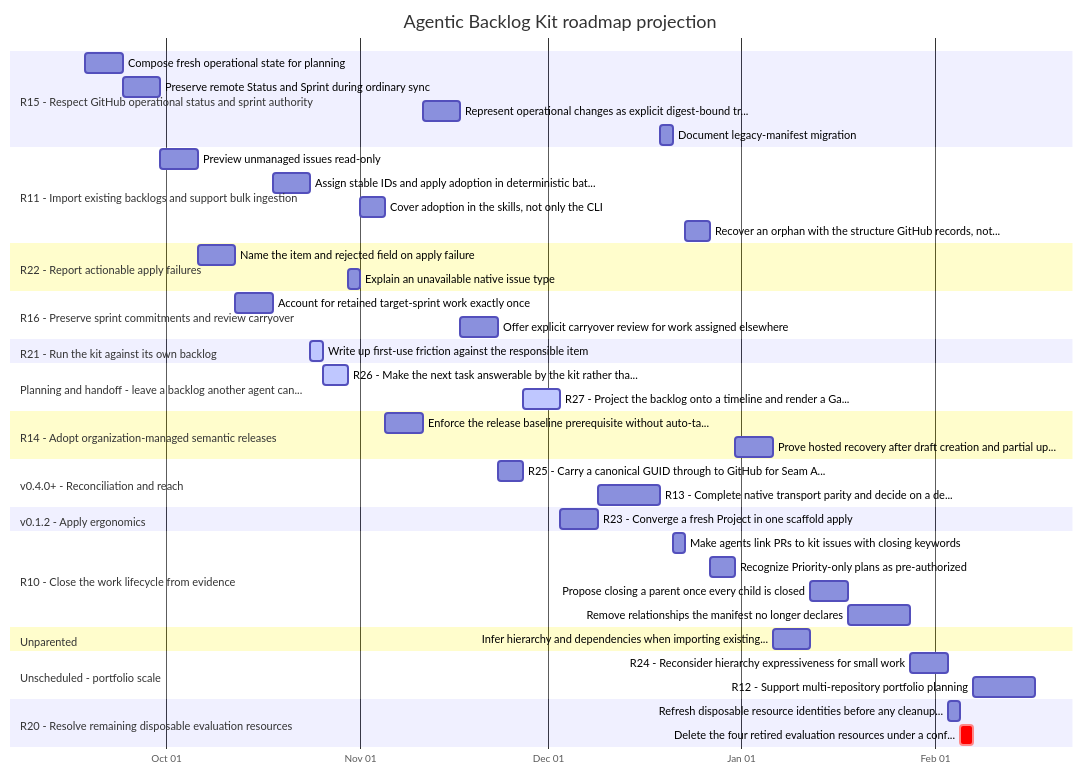
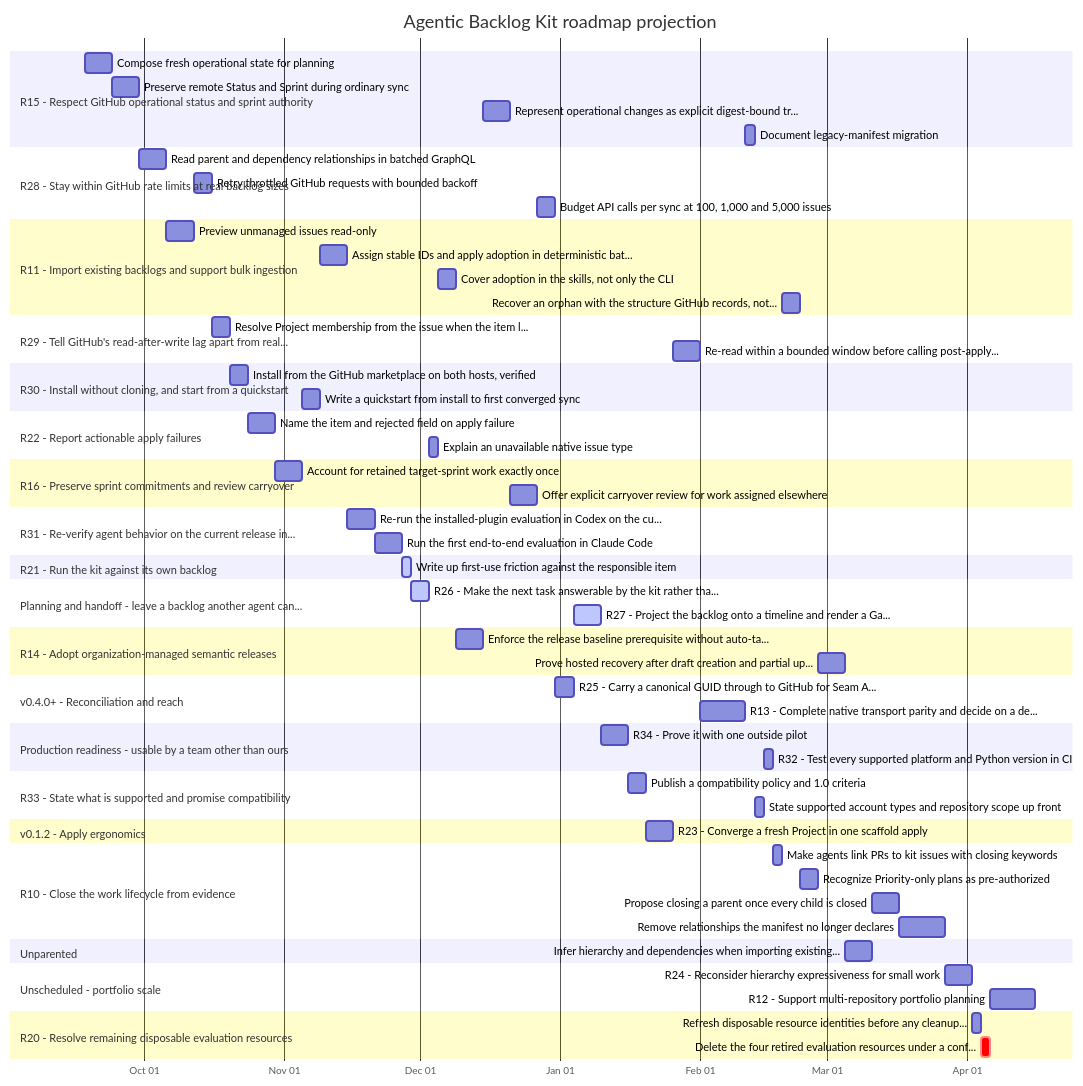
One commit to aegolius-labs/agentic-backlog-kit changed the diagram in docs/roadmap-gantt.md. Above: the diagram before and after it, drawn with Mermaid. The commit also changed other lines of this file and 3 other files, not shown here.

First line of the commit message:
docs: assess production readiness and file the gaps, scale first

````diff
--- a/docs/roadmap-gantt.md
+++ b/docs/roadmap-gantt.md
@@ -17,49 +17,68 @@
 ```mermaid
 gantt
     title Agentic Backlog Kit roadmap projection
     dateFormat YYYY-MM-DD
     axisFormat %b %d
 
     section R15 - Respect GitHub operational status and sprint authority
     Compose fresh operational state for planning :S-R15-1, 2026-09-18, 6d
     Preserve remote Status and Sprint during ordinary sync :S-R15-2, 2026-09-24, 6d
-    Represent operational changes as explicit digest-bound tr... :S-R15-3, 2026-11-11, 6d
-    Document legacy-manifest migration :S-R15-4, 2026-12-19, 2d
+    Represent operational changes as explicit digest-bound tr... :S-R15-3, 2026-12-15, 6d
+    Document legacy-manifest migration :S-R15-4, 2027-02-11, 2d
+    section R28 - Stay within GitHub rate limits at real backlog sizes
+    Read parent and dependency relationships in batched GraphQL :S-R28-1, 2026-09-30, 6d
+    Retry throttled GitHub requests with bounded backoff :S-R28-2, 2026-10-12, 4d
+    Budget API calls per sync at 100, 1,000 and 5,000 issues :S-R28-3, 2026-12-27, 4d
     section R11 - Import existing backlogs and support bulk ingestion
-    Preview unmanaged issues read-only :S-R11-1, 2026-09-30, 6d
-    Assign stable IDs and apply adoption in deterministic bat... :S-R11-2, 2026-10-18, 6d
-    Cover adoption in the skills, not only the CLI :S-R11-3, 2026-11-01, 4d
-    Recover an orphan with the structure GitHub records, not... :S-R11-4, 2026-12-23, 4d
+    Preview unmanaged issues read-only :S-R11-1, 2026-10-06, 6d
+    Assign stable IDs and apply adoption in deterministic bat... :S-R11-2, 2026-11-09, 6d
+    Cover adoption in the skills, not only the CLI :S-R11-3, 2026-12-05, 4d
+    Recover an orphan with the structure GitHub records, not... :S-R11-4, 2027-02-19, 4d
+    section R29 - Tell GitHub's read-after-write lag apart from real...
+    Resolve Project membership from the issue when the item l... :S-R29-1, 2026-10-16, 4d
+    Re-read within a bounded window before calling post-apply... :S-R29-2, 2027-01-26, 6d
+    section R30 - Install without cloning, and start from a quickstart
+    Install from the GitHub marketplace on both hosts, verified :S-R30-1, 2026-10-20, 4d
+    Write a quickstart from install to first converged sync :S-R30-2, 2026-11-05, 4d
     section R22 - Report actionable apply failures
-    Name the item and rejected field on apply failure :S-R22-1, 2026-10-06, 6d
-    Explain an unavailable native issue type :S-R22-2, 2026-10-30, 2d
+    Name the item and rejected field on apply failure :S-R22-1, 2026-10-24, 6d
+    Explain an unavailable native issue type :S-R22-2, 2026-12-03, 2d
     section R16 - Preserve sprint commitments and review carryover
-    Account for retained target-sprint work exactly once :S-R16-1, 2026-10-12, 6d
-    Offer explicit carryover review for work assigned elsewhere :S-R16-2, 2026-11-17, 6d
+    Account for retained target-sprint work exactly once :S-R16-1, 2026-10-30, 6d
+    Offer explicit carryover review for work assigned elsewhere :S-R16-2, 2026-12-21, 6d
+    section R31 - Re-verify agent behavior on the current release in...
+    Re-run the installed-plugin evaluation in Codex on the cu... :S-R31-1, 2026-11-15, 6d
+    Run the first end-to-end evaluation in Claude Code :S-R31-2, 2026-11-21, 6d
     section R21 - Run the kit against its own backlog
-    Write up first-use friction against the responsible item :active, S-R21-3, 2026-10-24, 2d
+    Write up first-use friction against the responsible item :active, S-R21-3, 2026-11-27, 2d
     section Planning and handoff - leave a backlog another agent can...
-    R26 - Make the next task answerable by the kit rather tha... :active, R26, 2026-10-26, 4d
-    R27 - Project the backlog onto a timeline and render a Ga... :active, R27, 2026-11-27, 6d
+    R26 - Make the next task answerable by the kit rather tha... :active, R26, 2026-11-29, 4d
+    R27 - Project the backlog onto a timeline and render a Ga... :active, R27, 2027-01-04, 6d
     section R14 - Adopt organization-managed semantic releases
-    Enforce the release baseline prerequisite without auto-ta... :S-R14-1, 2026-11-05, 6d
-    Prove hosted recovery after draft creation and partial up... :S-R14-2, 2026-12-31, 6d
+    Enforce the release baseline prerequisite without auto-ta... :S-R14-1, 2026-12-09, 6d
+    Prove hosted recovery after draft creation and partial up... :S-R14-2, 2027-02-27, 6d
     section v0.4.0+ - Reconciliation and reach
-    R25 - Carry a canonical GUID through to GitHub for Seam A... :R25, 2026-11-23, 4d
-    R13 - Complete native transport parity and decide on a de... :R13, 2026-12-09, 10d
+    R25 - Carry a canonical GUID through to GitHub for Seam A... :R25, 2026-12-31, 4d
+    R13 - Complete native transport parity and decide on a de... :R13, 2027-02-01, 10d
+    section Production readiness - usable by a team other than ours
+    R34 - Prove it with one outside pilot :R34, 2027-01-10, 6d
+    R32 - Test every supported platform and Python version in CI :R32, 2027-02-15, 2d
+    section R33 - State what is supported and promise compatibility
+    Publish a compatibility policy and 1.0 criteria :S-R33-2, 2027-01-16, 4d
+    State supported account types and repository scope up front :S-R33-1, 2027-02-13, 2d
     section v0.1.2 - Apply ergonomics
-    R23 - Converge a fresh Project in one scaffold apply :R23, 2026-12-03, 6d
+    R23 - Converge a fresh Project in one scaffold apply :R23, 2027-01-20, 6d
     section R10 - Close the work lifecycle from evidence
-    Make agents link PRs to kit issues with closing keywords :S-R10-1, 2026-12-21, 2d
-    Recognize Priority-only plans as pre-authorized :S-R10-4, 2026-12-27, 4d
-    Propose closing a parent once every child is closed :S-R10-2, 2027-01-12, 6d
-    Remove relationships the manifest no longer declares :S-R10-3, 2027-01-18, 10d
+    Make agents link PRs to kit issues with closing keywords :S-R10-1, 2027-02-17, 2d
+    Recognize Priority-only plans as pre-authorized :S-R10-4, 2027-02-23, 4d
+    Propose closing a parent once every child is closed :S-R10-2, 2027-03-11, 6d
+    Remove relationships the manifest no longer declares :S-R10-3, 2027-03-17, 10d
     section Unparented
-    Infer hierarchy and dependencies when importing existing... :GH-63, 2027-01-06, 6d
+    Infer hierarchy and dependencies when importing existing... :GH-63, 2027-03-05, 6d
     section Unscheduled - portfolio scale
-    R24 - Reconsider hierarchy expressiveness for small work :R24, 2027-01-28, 6d
-    R12 - Support multi-repository portfolio planning :R12, 2027-02-07, 10d
+    R24 - Reconsider hierarchy expressiveness for small work :R24, 2027-03-27, 6d
+    R12 - Support multi-repository portfolio planning :R12, 2027-04-06, 10d
     section R20 - Resolve remaining disposable evaluation resources
-    Refresh disposable resource identities before any cleanup... :S-R20-1, 2027-02-03, 2d
-    Delete the four retired evaluation resources under a conf... :crit, S-R20-2, 2027-02-05, 2d
+    Refresh disposable resource identities before any cleanup... :S-R20-1, 2027-04-02, 2d
+    Delete the four retired evaluation resources under a conf... :crit, S-R20-2, 2027-04-04, 2d
 ```
````
